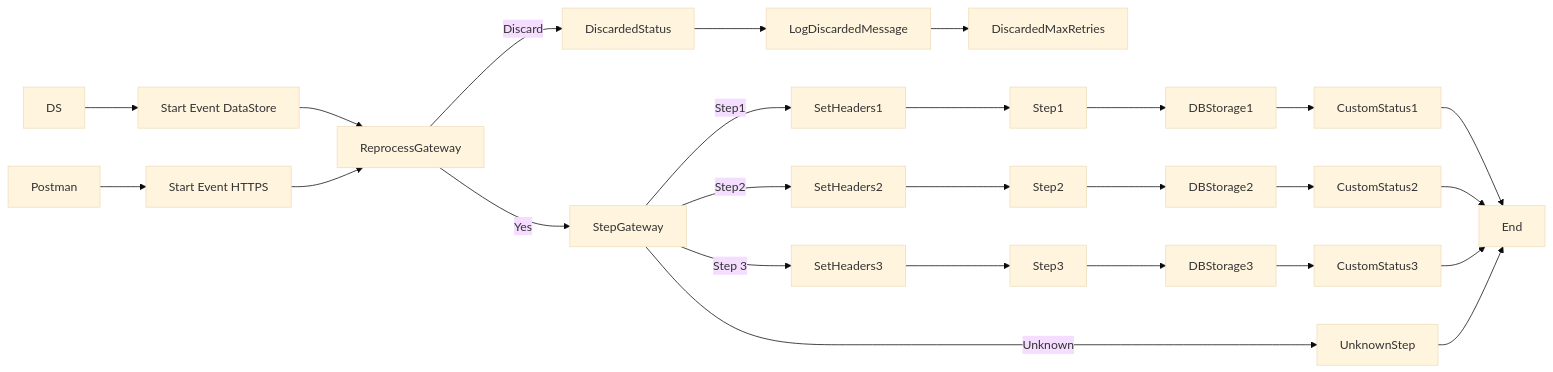
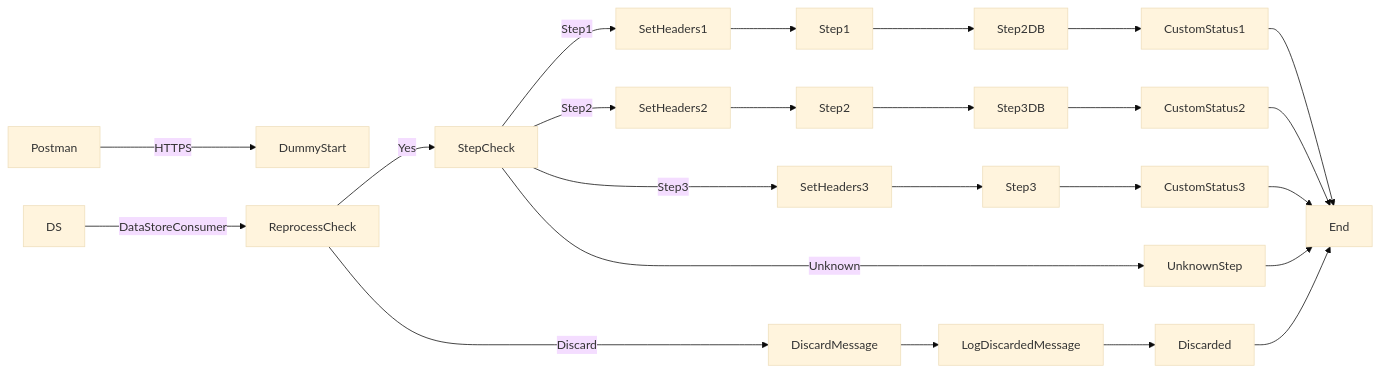
Before and after one commit to Avvale-IA-CICD/AvvaleCPI: the diagram in MMZ - Cell Iflows/SEDA_Model_-_Single_DS_-_Restart_and_Discard_MMZ-1.0.0/readme.md, drawn with Mermaid (base theme). The commit also changed other lines of this file, not shown here.

Commit message:
Add/update documentation for SEDA_Model_-_Single_DS_-_Restart_and_Discard_MMZ v1.0.0

````diff
--- a/MMZ - Cell Iflows/SEDA_Model_-_Single_DS_-_Restart_and_Discard_MMZ-1.0.0/readme.md
+++ b/MMZ - Cell Iflows/SEDA_Model_-_Single_DS_-_Restart_and_Discard_MMZ-1.0.0/readme.md
@@ -4,28 +4,26 @@
 ```mermaid
 graph LR
-    Postman --> HTTPS[Start Event HTTPS]
-    DS --> DataStoreConsumer[Start Event DataStore]
-    DataStoreConsumer --> ReprocessGateway
-    HTTPS --> ReprocessGateway
-    ReprocessGateway -- Yes --> StepGateway
-    ReprocessGateway -- Discard --> DiscardedStatus
-    DiscardedStatus --> LogDiscardedMessage
-    LogDiscardedMessage --> DiscardedMaxRetries
-    StepGateway -- Step1 --> SetHeaders1
-    StepGateway -- Step2 --> SetHeaders2
-    StepGateway -- Step 3 --> SetHeaders3
-    StepGateway -- Unknown --> UnknownStep
+    Postman -- HTTPS --> DummyStart
+    DS -- DataStoreConsumer --> ReprocessCheck
+    ReprocessCheck -- Yes --> StepCheck
+    ReprocessCheck -- Discard --> DiscardMessage
+    DiscardMessage --> LogDiscardedMessage
+    LogDiscardedMessage --> Discarded
+    StepCheck -- Step1 --> SetHeaders1
+    StepCheck -- Step2 --> SetHeaders2
+    StepCheck -- Step3 --> SetHeaders3
+    StepCheck -- Unknown --> UnknownStep
     SetHeaders1 --> Step1
     SetHeaders2 --> Step2
     SetHeaders3 --> Step3
-    Step1 --> DBStorage1
-    Step2 --> DBStorage2
-    Step3 --> DBStorage3
-    DBStorage1 --> CustomStatus1
-    DBStorage2 --> CustomStatus2
-    DBStorage3 --> CustomStatus3
+    Step1 --> Step2DB
+    Step2DB --> CustomStatus1
+    Step2 --> Step3DB
+    Step3DB --> CustomStatus2
+    Step3 --> CustomStatus3
     CustomStatus1 --> End
     CustomStatus2 --> End
     CustomStatus3 --> End
     UnknownStep --> End
+    Discarded --> End
 ```
````
